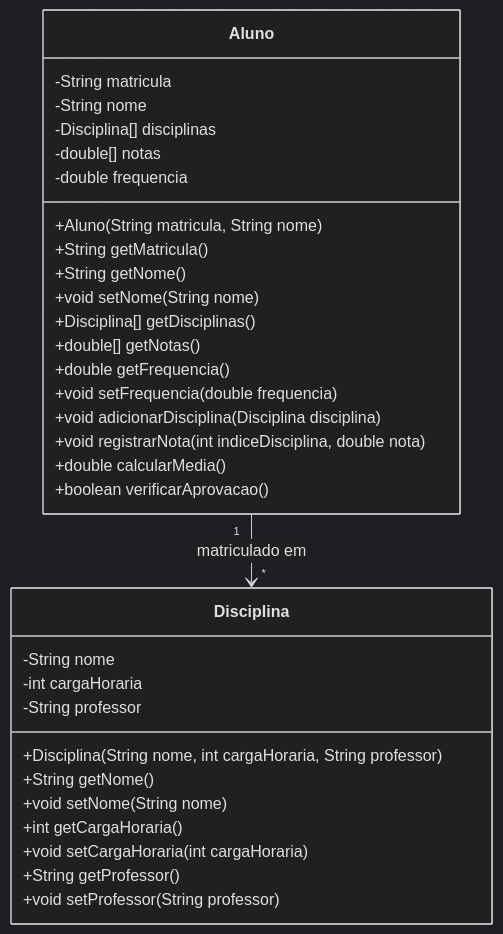
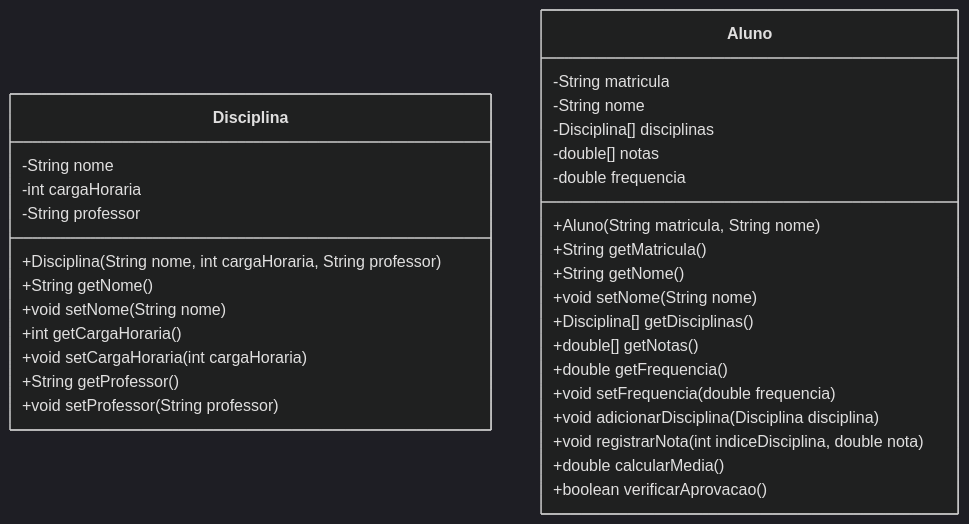
One commit to rgomide/linguagem-de-programacao-java-01 changed the fifth of 5 diagrams in 05-construtores-encapsulamento/README.md. Above: the diagram before and after it, drawn with Mermaid (dark theme).

````diff
--- a/05-construtores-encapsulamento/README.md
+++ b/05-construtores-encapsulamento/README.md
@@ -513,39 +513,37 @@
 ```mermaid
 classDiagram
-    Aluno "1" --> "*" Disciplina : matriculado em
-    
     class Disciplina {
         -String nome
         -int cargaHoraria
         -String professor
         
         +Disciplina(String nome, int cargaHoraria, String professor)
         +String getNome()
         +void setNome(String nome)
         +int getCargaHoraria()
         +void setCargaHoraria(int cargaHoraria)
         +String getProfessor()
         +void setProfessor(String professor)
     }
     
     class Aluno {
         -String matricula
         -String nome
         -Disciplina[] disciplinas
         -double[] notas
         -double frequencia
         
         +Aluno(String matricula, String nome)
         +String getMatricula()
         +String getNome()
         +void setNome(String nome)
         +Disciplina[] getDisciplinas()
         +double[] getNotas()
         +double getFrequencia()
         +void setFrequencia(double frequencia)
         +void adicionarDisciplina(Disciplina disciplina)
         +void registrarNota(int indiceDisciplina, double nota)
         +double calcularMedia()
         +boolean verificarAprovacao()
     }
 ```
````
